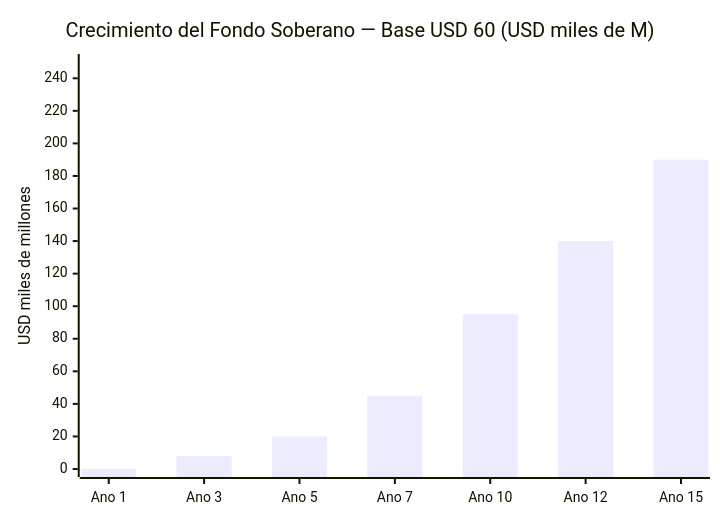
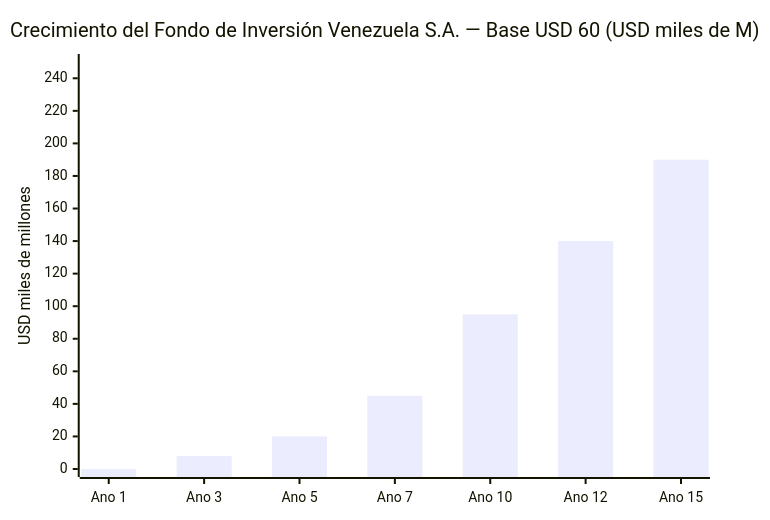
One commit to Venezuela-S-A/venezuela-sa changed the first of 5 diagrams in docs/02-motor-financiero/fondo-soberano.md. Above: the diagram before and after it, drawn with Mermaid. The commit also changed other lines of this file and 33 other files, not shown here.

First line of the commit message:
refactor: rename 'fondo soberano' to 'Fondo de Inversión Venezuela S.A.'

````diff
--- a/docs/02-motor-financiero/fondo-soberano.md
+++ b/docs/02-motor-financiero/fondo-soberano.md
@@ -24,7 +24,7 @@
 ```mermaid
 xychart-beta
-    title "Crecimiento del Fondo Soberano — Base USD 60 (USD miles de M)"
+    title "Crecimiento del Fondo de Inversión Venezuela S.A. — Base USD 60 (USD miles de M)"
     x-axis ["Ano 1", "Ano 3", "Ano 5", "Ano 7", "Ano 10", "Ano 12", "Ano 15"]
     y-axis "USD miles de millones" 0 --> 250
     bar [0, 8, 20, 45, 95, 140, 190]
 ```
````
